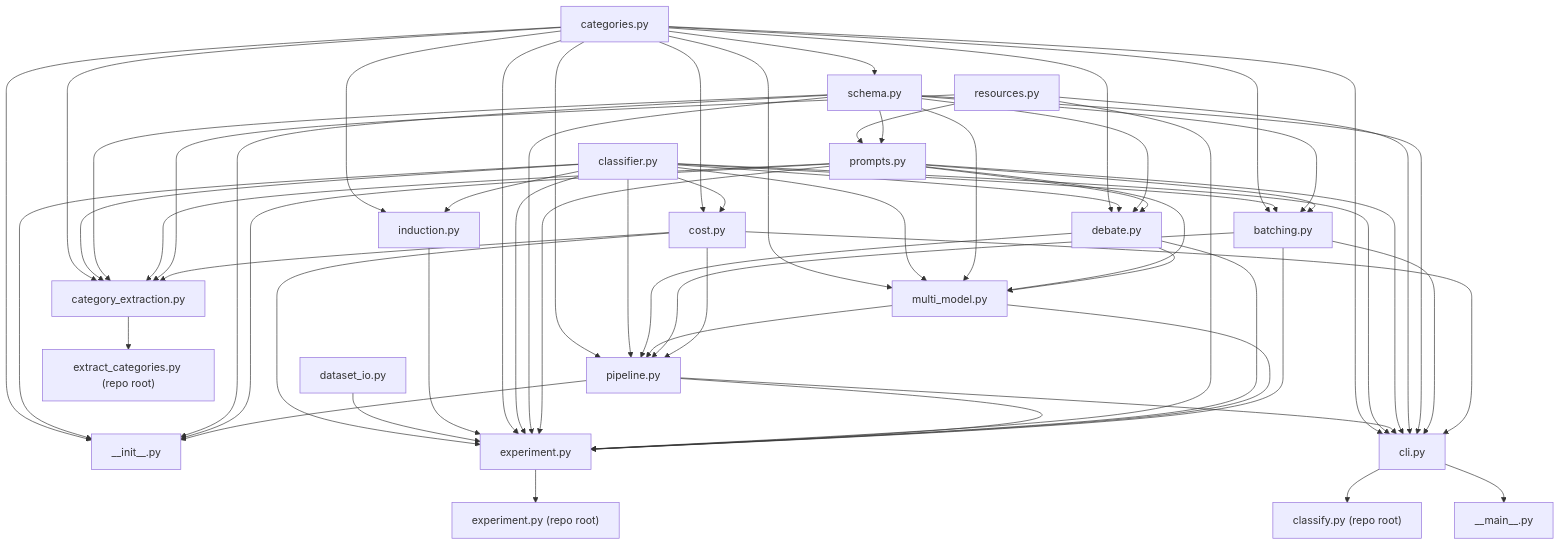
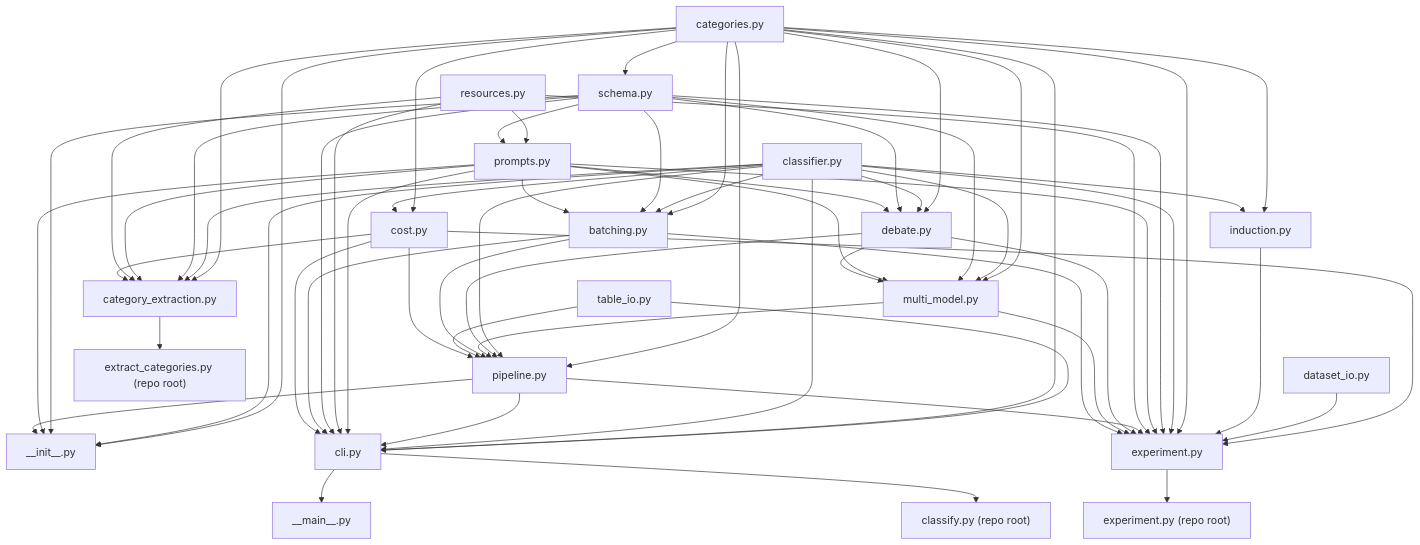
Before and after one commit to bastianellie/ds-query-classification: the diagram in spec/ARCHITECTURE.md, drawn with Mermaid. The commit also changed other lines of this file and 3 other files, not shown here.

Commit message:
docs: README, ARCHITECTURE, ADR and implementation summary for Excel I/O (spec 9 Task 4)

````diff
--- a/spec/ARCHITECTURE.md
+++ b/spec/ARCHITECTURE.md
@@ -18,64 +18,66 @@
 ```mermaid
 graph TD
     categories[categories.py] --> schema[schema.py]
     categories --> pipeline[pipeline.py]
     categories --> init["__init__.py"]
     categories --> debate[debate.py]
     classifier[classifier.py] --> pipeline
     classifier --> init
     classifier --> debate
     resources[resources.py] --> prompts[prompts.py]
     schema --> prompts
     schema --> init
     schema --> debate
     prompts --> init
     prompts --> debate
     categories --> multi_model[multi_model.py]
     classifier --> multi_model
     schema --> multi_model
     prompts --> multi_model
     debate --> multi_model
     debate --> pipeline
     multi_model --> pipeline
     categories --> batching[batching.py]
     classifier --> batching
     schema --> batching
     prompts --> batching
     batching --> pipeline
+    table_io[table_io.py] --> pipeline
+    table_io --> cli
     pipeline --> init
     categories --> cli[cli.py]
     classifier --> cli
     pipeline --> cli
     prompts --> cli
     resources --> cli
     schema --> cli
     batching --> cli
     categories --> cost[cost.py]
     classifier --> cost
     cost --> pipeline
     cost --> cli
     cost --> experiment
     cli --> main["__main__.py"]
     cli --> classify_py["classify.py (repo root)"]
     categories --> induction[induction.py]
     classifier --> induction
     dataset_io[dataset_io.py] --> experiment[experiment.py]
     induction --> experiment
     categories --> experiment
     classifier --> experiment
     schema --> experiment
     prompts --> experiment
     resources --> experiment
     pipeline --> experiment
     debate --> experiment
     multi_model --> experiment
     batching --> experiment
     experiment --> experiment_py["experiment.py (repo root)"]
     categories --> category_extraction[category_extraction.py]
     classifier --> category_extraction
     schema --> category_extraction
     prompts --> category_extraction
     resources --> category_extraction
     cost --> category_extraction
     category_extraction --> extract_categories_py["extract_categories.py (repo root)"]
 ```
````
